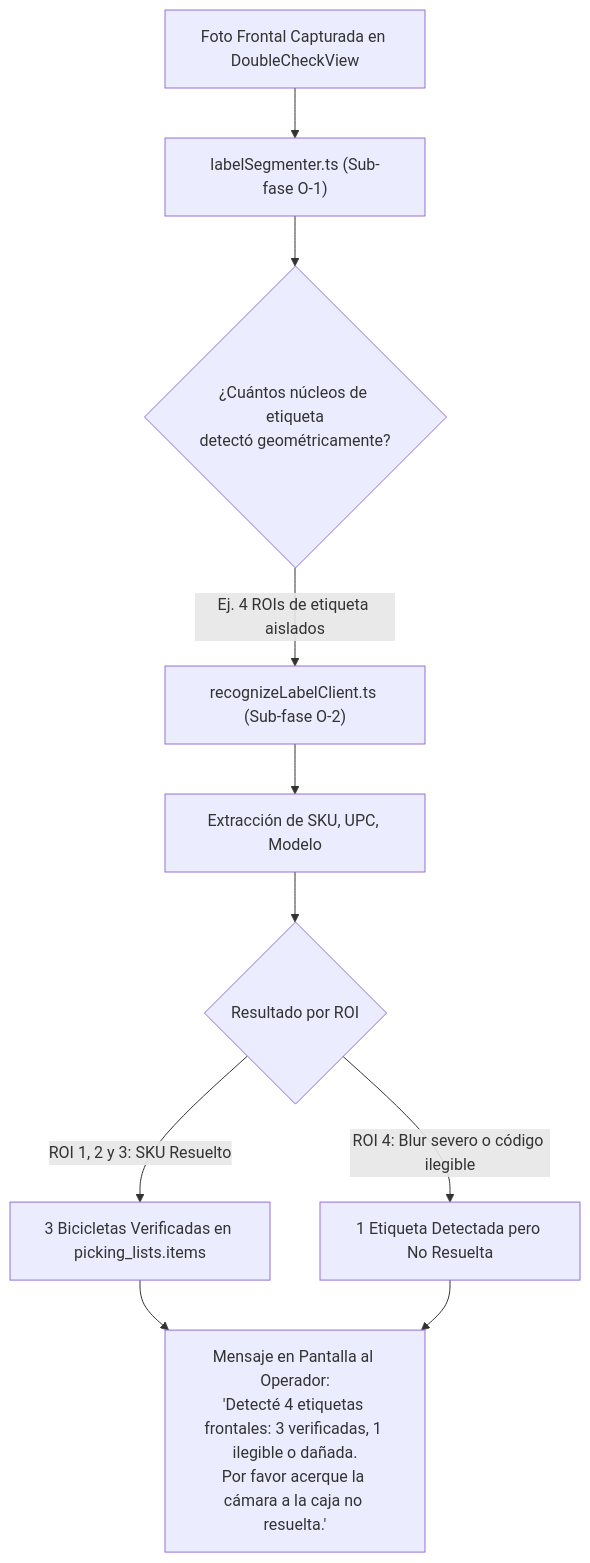
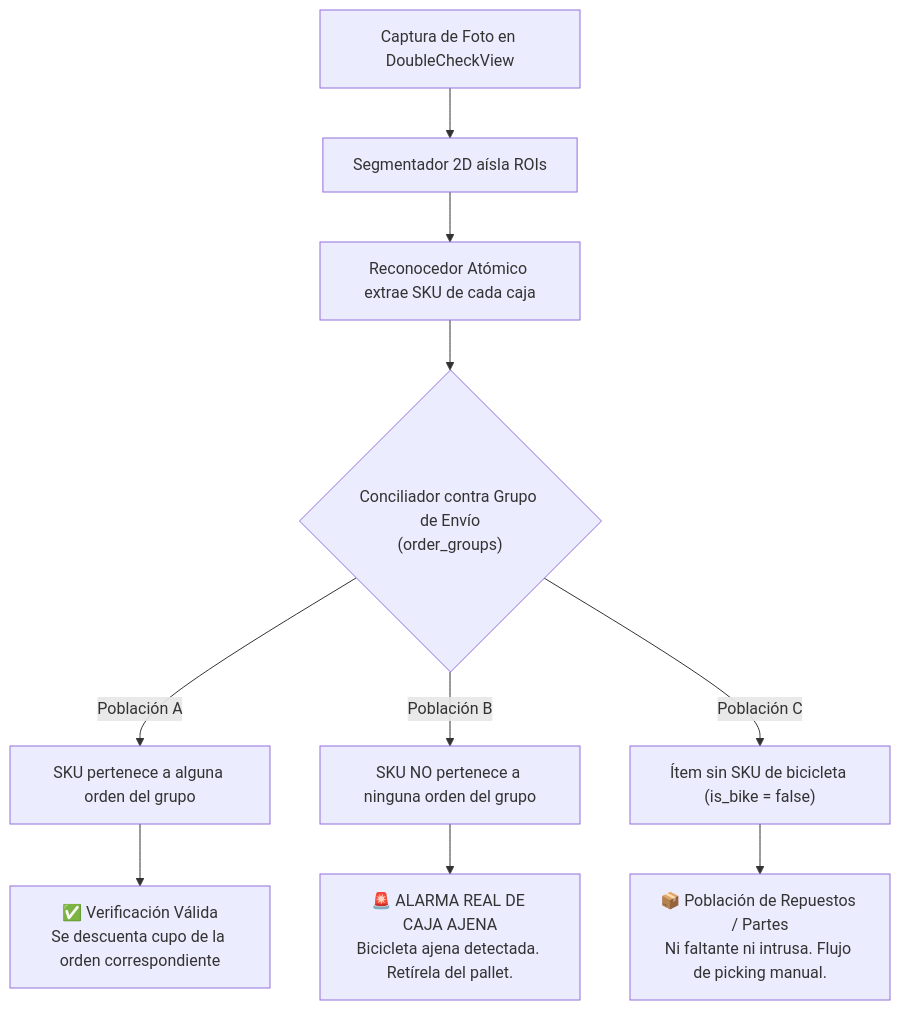
One commit to rafael1599/pickd changed the diagram in docs/label-recognition/research/R13-conteo-de-cajas.md. Above: the diagram before and after it, drawn with Mermaid. The commit also changed other lines of this file, not shown here.

Commit message:
docs(research): correccion de verdad de terreno en R13, auditoria order_groups y muestra limpia

````diff
--- a/docs/label-recognition/research/R13-conteo-de-cajas.md
+++ b/docs/label-recognition/research/R13-conteo-de-cajas.md
@@ -343,11 +164,15 @@
 ```mermaid
 flowchart TD
-    A["Foto Frontal Capturada en DoubleCheckView"] --> B["labelSegmenter.ts (Sub-fase O-1)"]
-    B --> C{"¿Cuántos núcleos de etiqueta<br/>detectó geométricamente?"}
-    C -->|Ej. 4 ROIs de etiqueta aislados| D["recognizeLabelClient.ts (Sub-fase O-2)"]
-    D --> E["Extracción de SKU, UPC, Modelo"]
-    E --> F{"Resultado por ROI"}
-    F -->|ROI 1, 2 y 3: SKU Resuelto| G["3 Bicicletas Verificadas en picking_lists.items"]
-    F -->|ROI 4: Blur severo o código ilegible| H["1 Etiqueta Detectada pero No Resuelta"]
-    G & H --> I["Mensaje en Pantalla al Operador:<br/>'Detecté 4 etiquetas frontales: 3 verificadas, 1 ilegible o dañada.<br/>Por favor acerque la cámara a la caja no resuelta.'"]
+    Capture["Captura de Foto en DoubleCheckView"] --> Seg["Segmentador 2D aísla ROIs"]
+    Seg --> Rec["Reconocedor Atómico extrae SKU de cada caja"]
+    Rec --> Match{"Conciliador contra Grupo de Envío<br/>(order_groups)"}
+
+    Match -->|Población A| PopA["SKU pertenece a alguna orden del grupo"]
+    PopA --> Ok["✅ Verificación Válida<br/>Se descuenta cupo de la orden correspondiente"]
+
+    Match -->|Población B| PopB["SKU NO pertenece a ninguna orden del grupo"]
+    PopB --> Alert["🚨 ALARMA REAL DE CAJA AJENA<br/>Bicicleta ajena detectada. Retírela del pallet."]
+
+    Match -->|Población C| PopC["Ítem sin SKU de bicicleta (is_bike = false)"]
+    PopC --> Part["📦 Población de Repuestos / Partes<br/>Ni faltante ni intrusa. Flujo de picking manual."]
 ```
````
